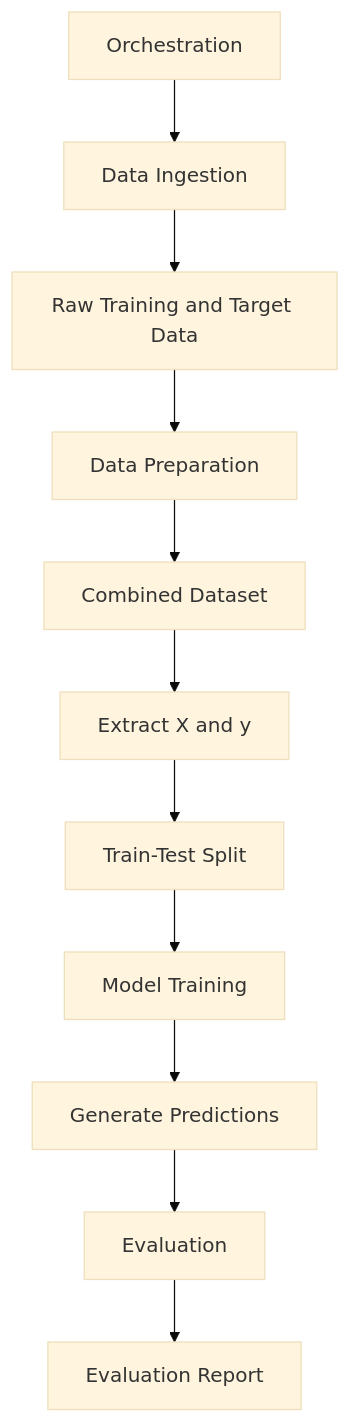
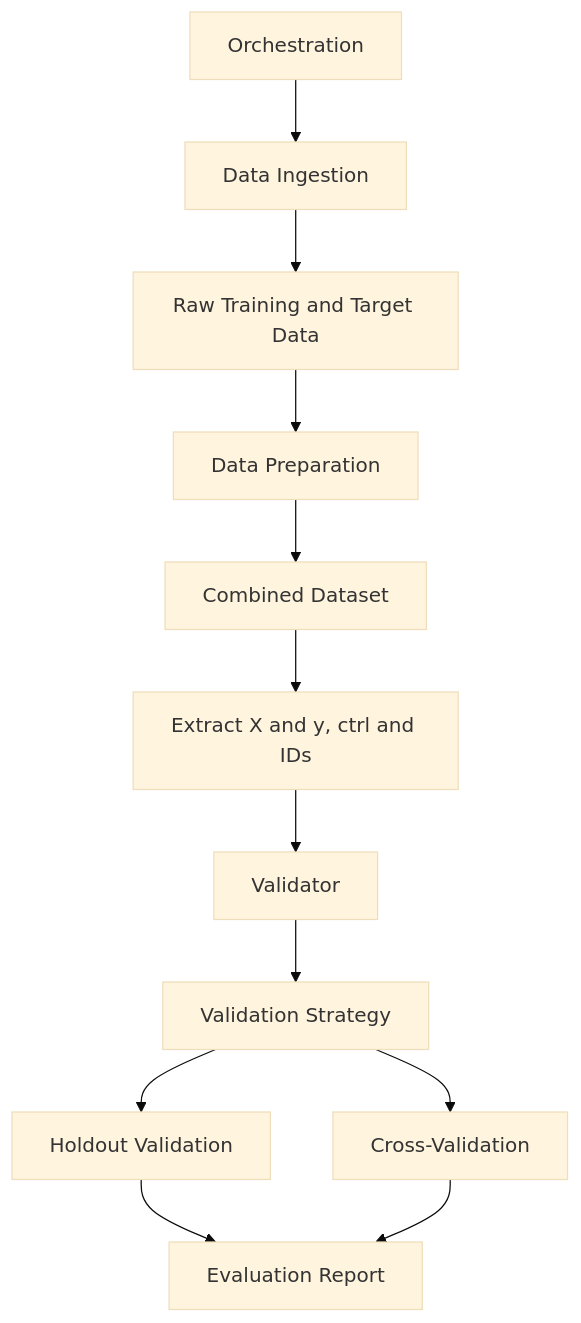
The diagram in src/orchestration/design.md (farazsy/ML_Life_Sciences), drawn with Mermaid (base theme) before and after one commit. The commit also changed other lines of this file and 6 other files, not shown here.

Commit message:
Added validation with holdout and k-fold cross-validation

````diff
--- a/src/orchestration/design.md
+++ b/src/orchestration/design.md
@@ -61,13 +50,14 @@
 ```mermaid
 flowchart TD
     A["Orchestration"] --> B["Data Ingestion"]
     B --> C["Raw Training and Target Data"]
     C --> D["Data Preparation"]
     D --> E["Combined Dataset"]
-    E --> F["Extract X and y"]
-    F --> G["Train-Test Split"]
-    G --> H["Model Training"]
-    H --> I["Generate Predictions"]
-    I --> J["Evaluation"]
-    J --> K["Evaluation Report"]
+    E --> F["Extract X and y, ctrl and IDs"]
+    F --> G["Validator"]
+    G --> H["Validation Strategy"]
+    H --> I["Holdout Validation"]
+    H --> J["Cross-Validation"]
+    I --> K["Evaluation Report"]
+    J --> K
 ```
````
